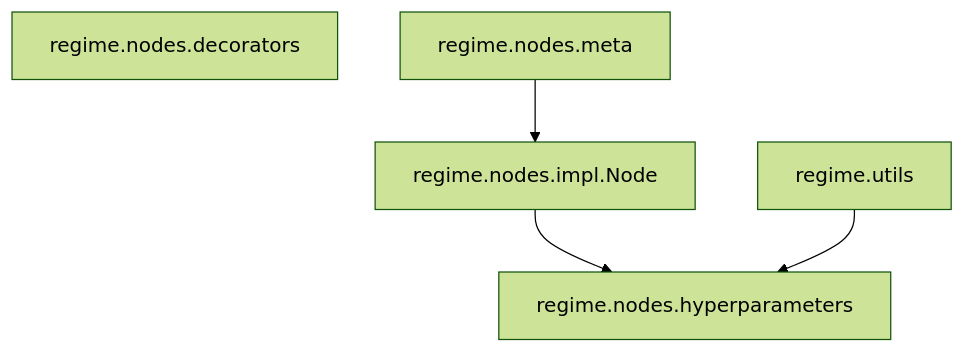
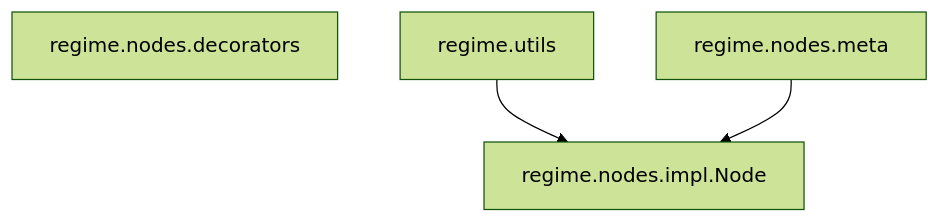
One commit to johnHostetter/regime changed the first of 2 diagrams in README.md. Above: the diagram before and after it, drawn with Mermaid (forest theme). The commit also changed other lines of this file and 5 other files, not shown here.

Commit message:
Move make_hyperparameters_dict function to Node method

````diff
--- a/README.md
+++ b/README.md
@@ -52,7 +51,6 @@
 ```mermaid
 graph TD;
     regime.nodes.decorators;
+    regime.utils --> regime.nodes.impl.Node;
     regime.nodes.meta --> regime.nodes.impl.Node;
-    regime.nodes.impl.Node --> regime.nodes.hyperparameters;
-    regime.utils --> regime.nodes.hyperparameters;
 ```
````
